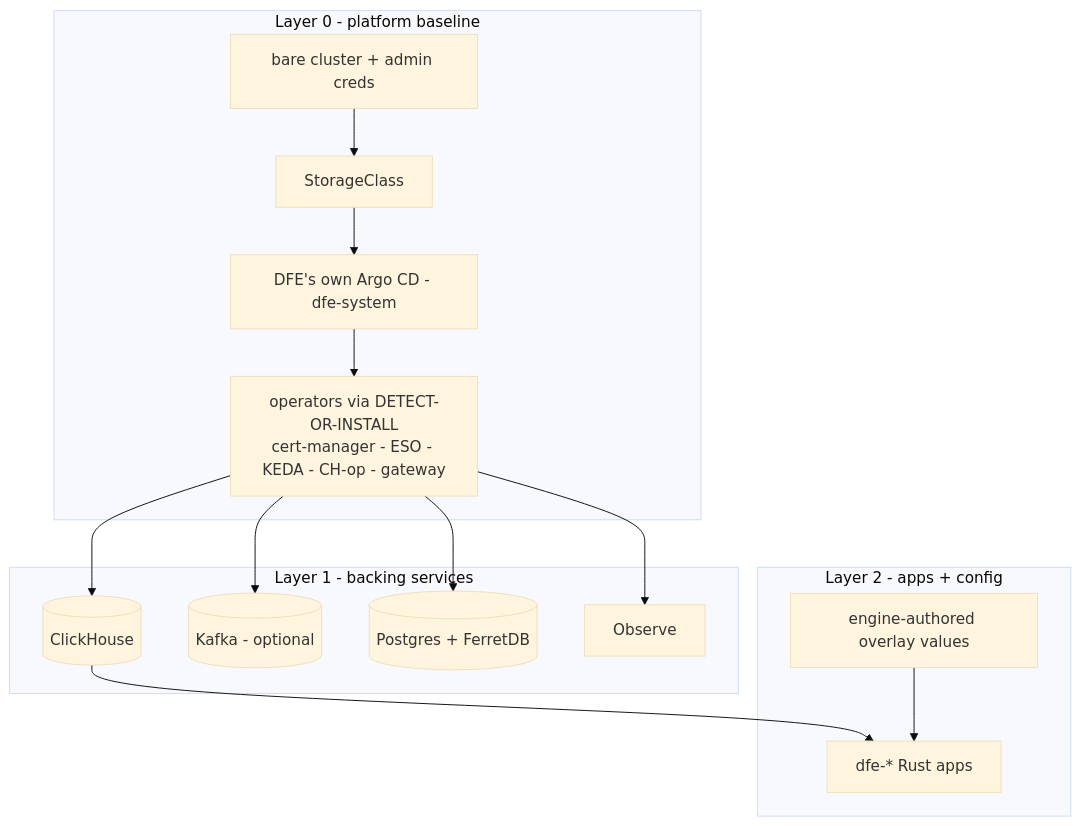
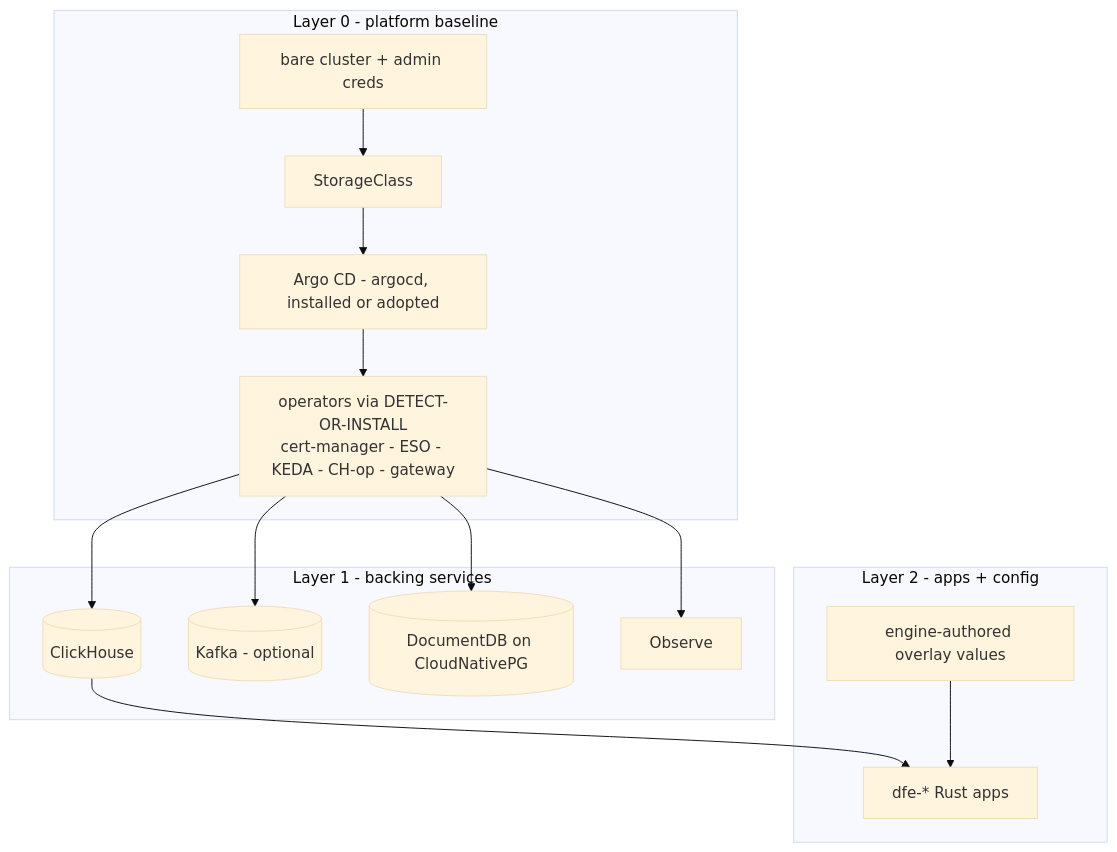
The diagram in docs/deployment/README.md (hyperi-io/dfe-engine), drawn with Mermaid (base theme) before and after one commit. The commit also changed other lines of this file and 27 other files, not shown here.

````diff
--- a/docs/deployment/README.md
+++ b/docs/deployment/README.md
@@ -23,23 +23,23 @@
 ```mermaid
 flowchart TB
     subgraph L0["Layer 0 - platform baseline"]
         BARE[bare cluster + admin creds]
         STORE[StorageClass]
-        DARGO[DFE's own Argo CD - dfe-system]
+        DARGO[Argo CD - argocd, installed or adopted]
         OPS[operators via DETECT-OR-INSTALL<br/>cert-manager - ESO - KEDA - CH-op - gateway]
     end
     subgraph L1["Layer 1 - backing services"]
         CH[(ClickHouse)]
         KAFKA[(Kafka - optional)]
-        PG[(Postgres + FerretDB)]
+        PG[(DocumentDB on CloudNativePG)]
         HDX[Observe]
     end
     subgraph L2["Layer 2 - apps + config"]
         RUST[dfe-* Rust apps]
         OVERLAY[engine-authored overlay values]
     end
     BARE --> STORE --> DARGO --> OPS
     OPS --> CH & KAFKA & PG & HDX
     CH --> RUST
     OVERLAY --> RUST
 ```
````
